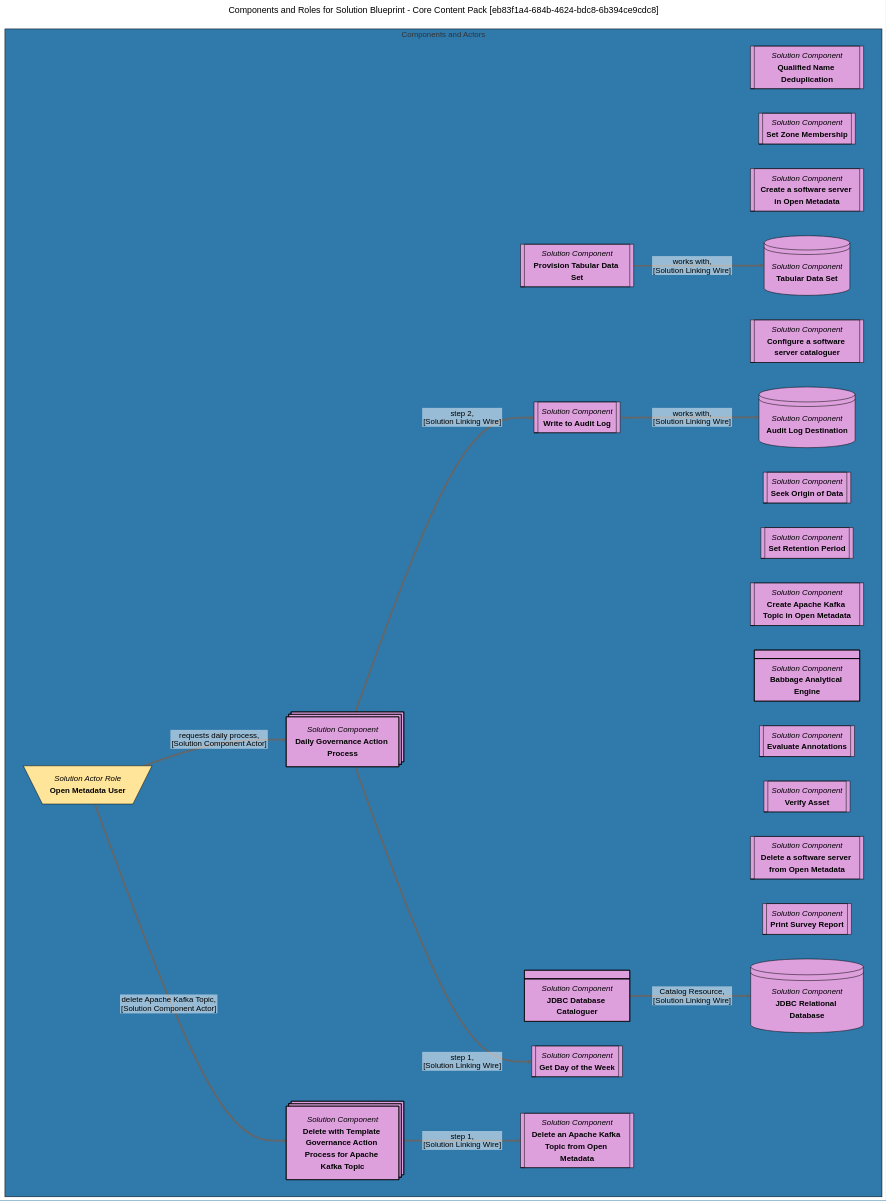
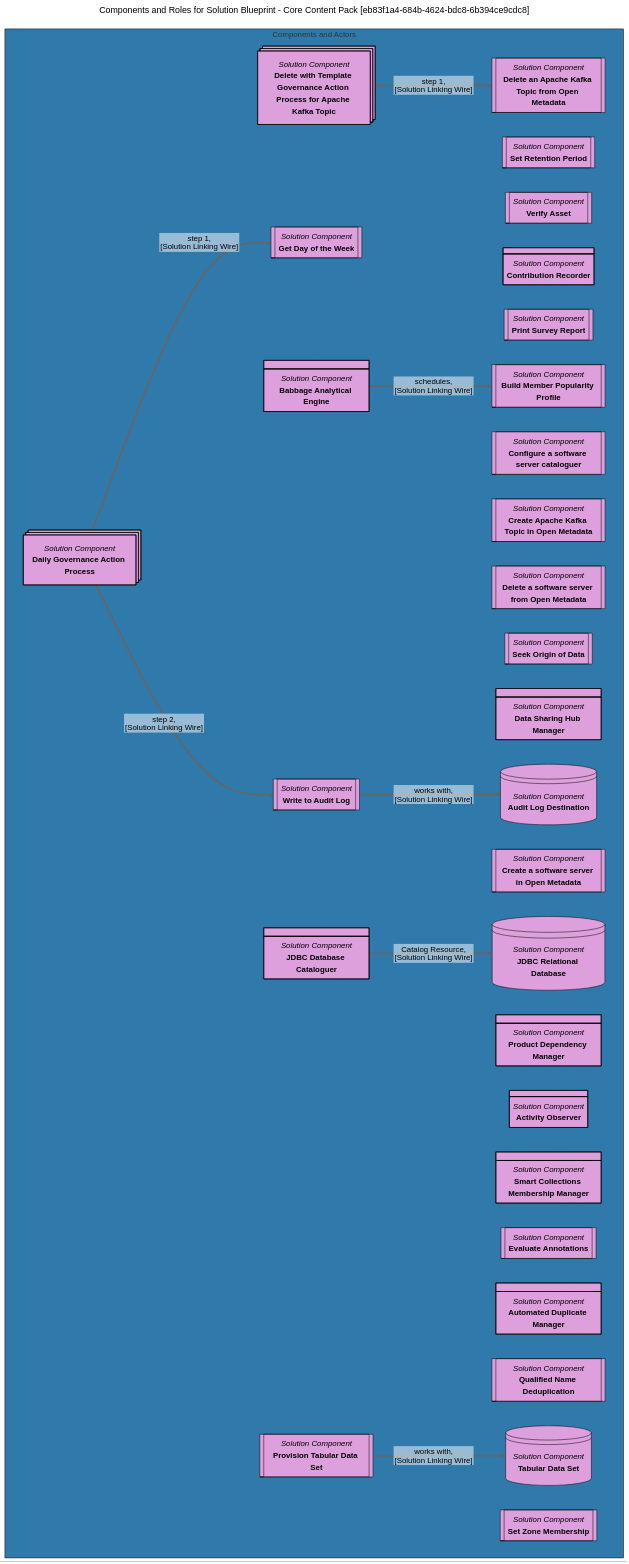
One commit to odpi/egeria-docs changed the diagram in site/snippets/blueprints/content-packs/core-content-pack-solution-blueprint-mermaid-graph.md. Above: the diagram before and after it, drawn with Mermaid (neutral theme). The commit also changed other lines of this file and 17 other files, not shown here.

````diff
--- a/site/snippets/blueprints/content-packs/core-content-pack-solution-blueprint-mermaid-graph.md
+++ b/site/snippets/blueprints/content-packs/core-content-pack-solution-blueprint-mermaid-graph.md
@@ -6,75 +6,92 @@
 %%{init: {"flowchart": {"htmlLabels": false}} }%%
 
 subgraph 1 [Components and Actors]
-2@{ shape: div-rect, label: "*Solution Component*
-**JDBC Database Cataloguer**"}
+2@{ shape: subproc, label: "*Solution Component*
+**Delete an Apache Kafka Topic from Open Metadata**"}
 3@{ shape: subproc, label: "*Solution Component*
-**Qualified Name Deduplication**"}
+**Set Retention Period**"}
 4@{ shape: subproc, label: "*Solution Component*
-**Provision Tabular Data Set**"}
-5@{ shape: subproc, label: "*Solution Component*
-**Set Zone Membership**"}
+**Verify Asset**"}
+5@{ shape: div-rect, label: "*Solution Component*
+**Contribution Recorder**"}
 6@{ shape: subproc, label: "*Solution Component*
-**Create a software server in Open Metadata**"}
-7@{ shape: lin-cyl, label: "*Solution Component*
-**Tabular Data Set**"}
+**Print Survey Report**"}
+7@{ shape: subproc, label: "*Solution Component*
+**Build Member Popularity Profile**"}
 8@{ shape: subproc, label: "*Solution Component*
 **Configure a software server cataloguer**"}
-9@{ shape: lin-cyl, label: "*Solution Component*
+9@{ shape: subproc, label: "*Solution Component*
+**Create Apache Kafka Topic in Open Metadata**"}
+10@{ shape: processes, label: "*Solution Component*
+**Delete with Template Governance Action Process for Apache Kafka Topic**"}
+11@{ shape: subproc, label: "*Solution Component*
+**Get Day of the Week**"}
+12@{ shape: subproc, label: "*Solution Component*
+**Delete a software server from Open Metadata**"}
+13@{ shape: processes, label: "*Solution Component*
+**Daily Governance Action Process**"}
+14@{ shape: subproc, label: "*Solution Component*
+**Seek Origin of Data**"}
+15@{ shape: div-rect, label: "*Solution Component*
+**Data Sharing Hub Manager**"}
+16@{ shape: subproc, label: "*Solution Component*
+**Provision Tabular Data Set**"}
+17@{ shape: lin-cyl, label: "*Solution Component*
 **Audit Log Destination**"}
-10@{ shape: subproc, label: "*Solution Component*
-**Seek Origin of Data**"}
-11@{ shape: processes, label: "*Solution Component*
-**Delete with Template Governance Action Process for Apache Kafka Topic**"}
-12@{ shape: subproc, label: "*Solution Component*
+18@{ shape: div-rect, label: "*Solution Component*
+**Babbage Analytical Engine**"}
+19@{ shape: subproc, label: "*Solution Component*
+**Create a software server in Open Metadata**"}
+20@{ shape: lin-cyl, label: "*Solution Component*
+**JDBC Relational Database**"}
+21@{ shape: div-rect, label: "*Solution Component*
+**Product Dependency Manager**"}
+22@{ shape: div-rect, label: "*Solution Component*
+**Activity Observer**"}
+23@{ shape: div-rect, label: "*Solution Component*
+**Smart Collections Membership Manager**"}
+24@{ shape: subproc, label: "*Solution Component*
+**Evaluate Annotations**"}
+25@{ shape: div-rect, label: "*Solution Component*
+**JDBC Database Cataloguer**"}
+26@{ shape: div-rect, label: "*Solution Component*
+**Automated Duplicate Manager**"}
+27@{ shape: subproc, label: "*Solution Component*
+**Qualified Name Deduplication**"}
+28@{ shape: subproc, label: "*Solution Component*
 **Write to Audit Log**"}
-13@{ shape: subproc, label: "*Solution Component*
-**Set Retention Period**"}
-14@{ shape: subproc, label: "*Solution Component*
-**Get Day of the Week**"}
-15@{ shape: subproc, label: "*Solution Component*
-**Create Apache Kafka Topic in Open Metadata**"}
-16@{ shape: div-rect, label: "*Solution Component*
-**Babbage Analytical Engine**"}
-17@{ shape: subproc, label: "*Solution Component*
-**Evaluate Annotations**"}
-18@{ shape: subproc, label: "*Solution Component*
-**Verify Asset**"}
-19@{ shape: subproc, label: "*Solution Component*
-**Delete an Apache Kafka Topic from Open Metadata**"}
-20@{ shape: subproc, label: "*Solution Component*
-**Delete a software server from Open Metadata**"}
-21@{ shape: subproc, label: "*Solution Component*
-**Print Survey Report**"}
-22@{ shape: lin-cyl, label: "*Solution Component*
-**JDBC Relational Database**"}
-23@{ shape: processes, label: "*Solution Component*
-**Daily Governance Action Process**"}
-2==>|"Catalog Resource,
-[Solution Linking Wire]"|22
-4==>|"works with,
+29@{ shape: lin-cyl, label: "*Solution Component*
+**Tabular Data Set**"}
+30@{ shape: subproc, label: "*Solution Component*
+**Set Zone Membership**"}
+10==>|"step 1,
+[Solution Linking Wire]"|2
+18==>|"schedules,
 [Solution Linking Wire]"|7
-12==>|"works with,
-[Solution Linking Wire]"|9
-24@{ shape: trap-t, label: "*Solution Actor Role*
-**Open Metadata User**"}
-24==>|"delete Apache Kafka Topic,
-[Solution Component Actor]"|11
-11==>|"step 1,
-[Solution Linking Wire]"|19
-23==>|"step 2,
-[Solution Linking Wire]"|12
-23==>|"step 1,
-[Solution Linking Wire]"|14
-24==>|"requests daily process,
-[Solution Component Actor]"|23
+13==>|"step 1,
+[Solution Linking Wire]"|11
+13==>|"step 2,
+[Solution Linking Wire]"|28
+16==>|"works with,
+[Solution Linking Wire]"|29
+28==>|"works with,
+[Solution Linking Wire]"|17
+25==>|"Catalog Resource,
+[Solution Linking Wire]"|20
 end
+style 22 color:#000000, fill:#DDA0DD, stroke:#000000
+style 23 color:#000000, fill:#DDA0DD, stroke:#000000
+style 24 color:#000000, fill:#DDA0DD, stroke:#000000
+style 25 color:#000000, fill:#DDA0DD, stroke:#000000
+style 26 color:#000000, fill:#DDA0DD, stroke:#000000
+style 27 color:#000000, fill:#DDA0DD, stroke:#000000
+style 28 color:#000000, fill:#DDA0DD, stroke:#000000
+style 29 color:#000000, fill:#DDA0DD, stroke:#000000
+style 30 color:#000000, fill:#DDA0DD, stroke:#000000
+style 10 color:#000000, fill:#DDA0DD, stroke:#000000
 style 11 color:#000000, fill:#DDA0DD, stroke:#000000
-style 22 color:#000000, fill:#DDA0DD, stroke:#000000
 style 12 color:#000000, fill:#DDA0DD, stroke:#000000
-style 23 color:#000000, fill:#DDA0DD, stroke:#000000
 style 13 color:#000000, fill:#DDA0DD, stroke:#000000
-style 24 color:#000000, fill:#FFE599, stroke:#000000
 style 14 color:#000000, fill:#DDA0DD, stroke:#000000
 style 15 color:#000000, fill:#DDA0DD, stroke:#000000
 style 16 color:#000000, fill:#DDA0DD, stroke:#000000
@@ -91,28 +108,34 @@
 style 8 color:#000000, fill:#DDA0DD, stroke:#000000
 style 9 color:#000000, fill:#DDA0DD, stroke:#000000
 style 20 color:#000000, fill:#DDA0DD, stroke:#000000
-style 10 color:#000000, fill:#DDA0DD, stroke:#000000
 style 21 color:#000000, fill:#DDA0DD, stroke:#000000
-click 11 "https://egeria-project.org/egeria-solutions/leveraging-apache-kafka/overview/" "Click for more documentation" _blank
-click 22 "https://en.wikipedia.org/wiki/Java_Database_Connectivity" "Click for more documentation" _blank
+click 22 "https://egeria-project.org/concepts/integration-connector/" "Click for more documentation" _blank
+click 23 "https://egeria-project.org/concepts/integration-connector/" "Click for more documentation" _blank
+click 24 "https://egeria-project.org/concepts/governance-action-type/" "Click for more documentation" _blank
+click 25 "https://egeria-project.org/concepts/integration-connector/" "Click for more documentation" _blank
+click 26 "https://egeria-project.org/concepts/integration-connector/" "Click for more documentation" _blank
+click 27 "https://egeria-project.org/concepts/governance-action-type/" "Click for more documentation" _blank
+click 28 "https://egeria-project.org/concepts/governance-action-type/" "Click for more documentation" _blank
+click 29 "https://egeria-project.org/concepts/tabular-data-set/" "Click for more documentation" _blank
+click 30 "https://egeria-project.org/concepts/governance-action-type/" "Click for more documentation" _blank
+click 10 "https://egeria-project.org/egeria-solutions/leveraging-apache-kafka/overview/" "Click for more documentation" _blank
+click 11 "https://egeria-project.org/concepts/governance-action-type/" "Click for more documentation" _blank
 click 12 "https://egeria-project.org/concepts/governance-action-type/" "Click for more documentation" _blank
-click 23 "https://egeria-project.org/concepts/guard/" "Click for more documentation" _blank
-click 13 "https://egeria-project.org/concepts/governance-action-type/" "Click for more documentation" _blank
+click 13 "https://egeria-project.org/concepts/guard/" "Click for more documentation" _blank
 click 14 "https://egeria-project.org/concepts/governance-action-type/" "Click for more documentation" _blank
-click 15 "https://egeria-project.org/concepts/governance-action-type/" "Click for more documentation" _blank
-click 16 "https://egeria-project.org/concepts/integration-connector/" "Click for more documentation" _blank
-click 17 "https://egeria-project.org/concepts/governance-action-type/" "Click for more documentation" _blank
-click 18 "https://egeria-project.org/concepts/governance-action-type/" "Click for more documentation" _blank
+click 15 "https://egeria-project.org/concepts/integration-connector/" "Click for more documentation" _blank
+click 16 "https://egeria-project.org/concepts/governance-action-type/" "Click for more documentation" _blank
+click 17 "https://egeria-project.org/concepts/audit-log-destination-connector/" "Click for more documentation" _blank
+click 18 "https://egeria-project.org/concepts/integration-connector/" "Click for more documentation" _blank
 click 19 "https://egeria-project.org/concepts/governance-action-type/" "Click for more documentation" _blank
-click 2 "https://egeria-project.org/concepts/integration-connector/" "Click for more documentation" _blank
+click 2 "https://egeria-project.org/concepts/governance-action-type/" "Click for more documentation" _blank
 click 3 "https://egeria-project.org/concepts/governance-action-type/" "Click for more documentation" _blank
 click 4 "https://egeria-project.org/concepts/governance-action-type/" "Click for more documentation" _blank
-click 5 "https://egeria-project.org/concepts/governance-action-type/" "Click for more documentation" _blank
+click 5 "https://egeria-project.org/concepts/integration-connector/" "Click for more documentation" _blank
 click 6 "https://egeria-project.org/concepts/governance-action-type/" "Click for more documentation" _blank
-click 7 "https://egeria-project.org/concepts/tabular-data-set/" "Click for more documentation" _blank
+click 7 "https://egeria-project.org/concepts/governance-action-type/" "Click for more documentation" _blank
 click 8 "https://egeria-project.org/concepts/governance-action-type/" "Click for more documentation" _blank
-click 9 "https://egeria-project.org/concepts/audit-log/" "Click for more documentation" _blank
-click 20 "https://egeria-project.org/concepts/governance-action-type/" "Click for more documentation" _blank
-click 10 "https://egeria-project.org/concepts/governance-action-type/" "Click for more documentation" _blank
-click 21 "https://egeria-project.org/concepts/governance-action-type/" "Click for more documentation" _blank
+click 9 "https://egeria-project.org/concepts/governance-action-type/" "Click for more documentation" _blank
+click 20 "https://en.wikipedia.org/wiki/Java_Database_Connectivity" "Click for more documentation" _blank
+click 21 "https://egeria-project.org/concepts/integration-connector/" "Click for more documentation" _blank
 ```
````
